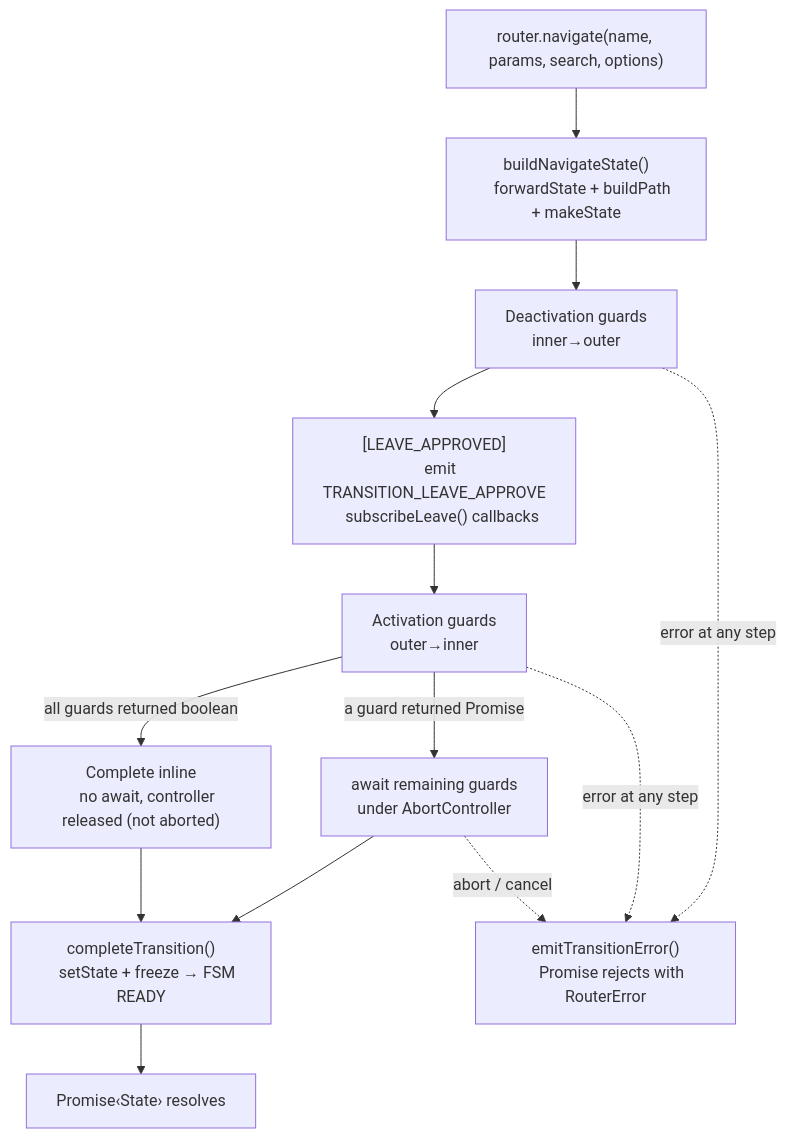
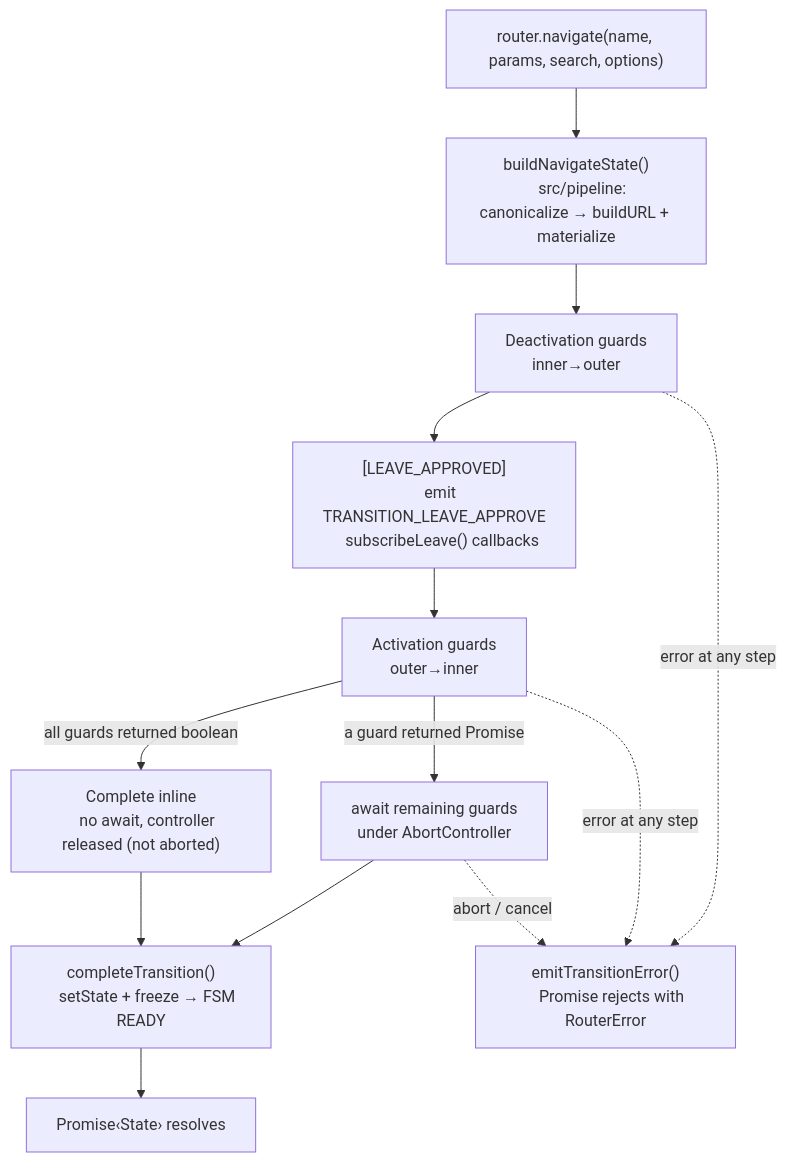
The third of 3 diagrams in ARCHITECTURE.md (greydragon888/real-router), drawn with Mermaid before and after one commit. The commit also changed 16 other files, not shown here.

````diff
--- a/ARCHITECTURE.md
+++ b/ARCHITECTURE.md
@@ -291,35 +291,35 @@
 ```mermaid
 flowchart TD
     NAV["router.navigate(name, params, search, options)"] --> BUILD
     BUILD["buildNavigateState()
-    forwardState + buildPath + makeState"] --> DEACTIVATE
+    src/pipeline: canonicalize → buildURL + materialize"] --> DEACTIVATE
     DEACTIVATE["Deactivation guards
     inner→outer"]
 
     DEACTIVATE --> LEAVE["[LEAVE_APPROVED]
     emit TRANSITION_LEAVE_APPROVE
     subscribeLeave() callbacks"]
 
     LEAVE --> ACTIVATE["Activation guards
     outer→inner"]
 
     ACTIVATE -->|all guards returned boolean| SYNC
     ACTIVATE -->|a guard returned Promise| ASYNC
 
     SYNC["Complete inline
     no await, controller released (not aborted)"]
     ASYNC["await remaining guards
     under AbortController"]
 
     SYNC --> COMPLETE
     ASYNC --> COMPLETE
 
     COMPLETE["completeTransition()
     setState + freeze → FSM READY"]
     COMPLETE --> RESOLVE["Promise‹State› resolves"]
 
     DEACTIVATE -.->|error at any step| ERR["emitTransitionError()
     Promise rejects with RouterError"]
     ACTIVATE -.->|error at any step| ERR
     ASYNC -.->|abort / cancel| ERR
 ```
````
